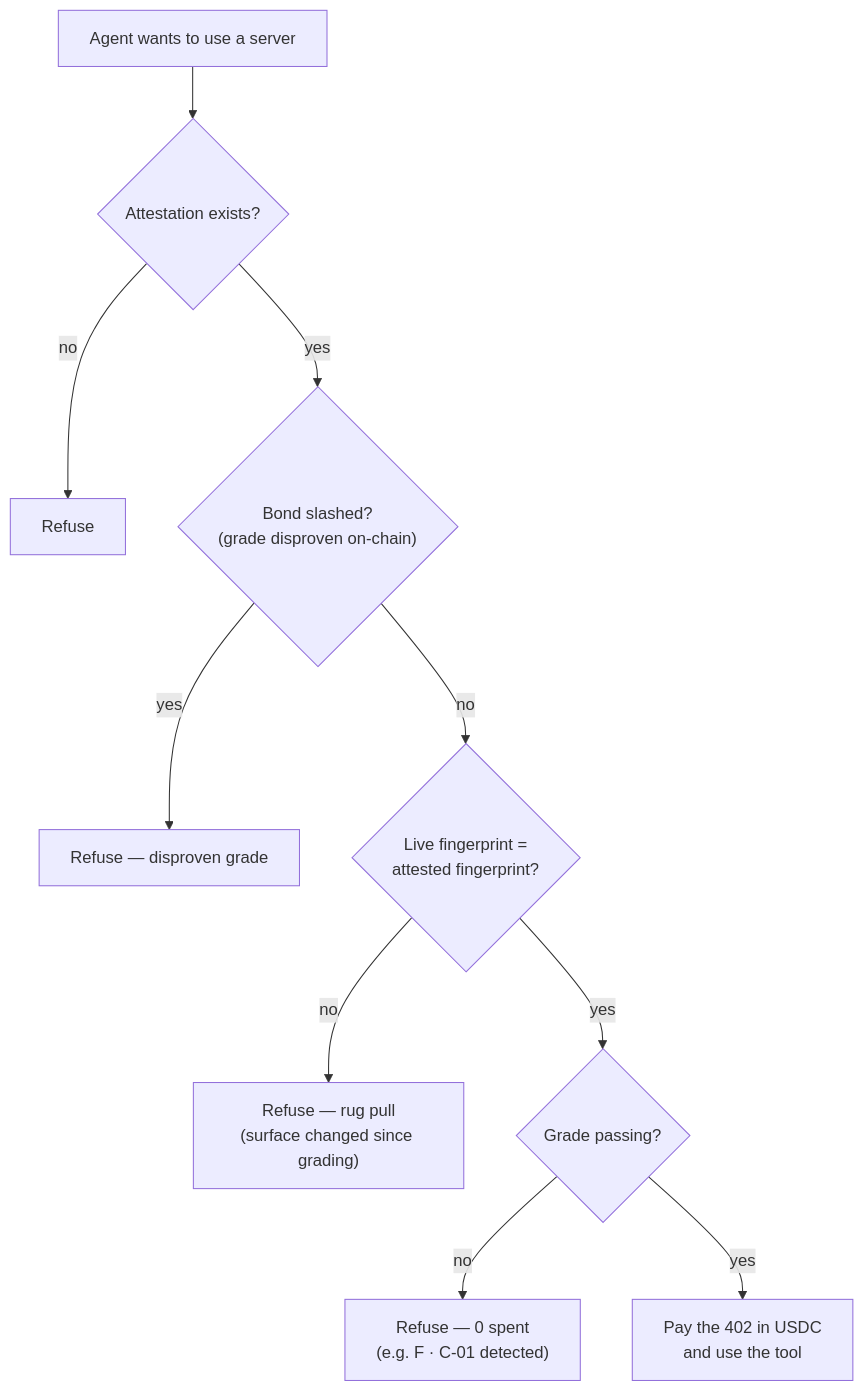
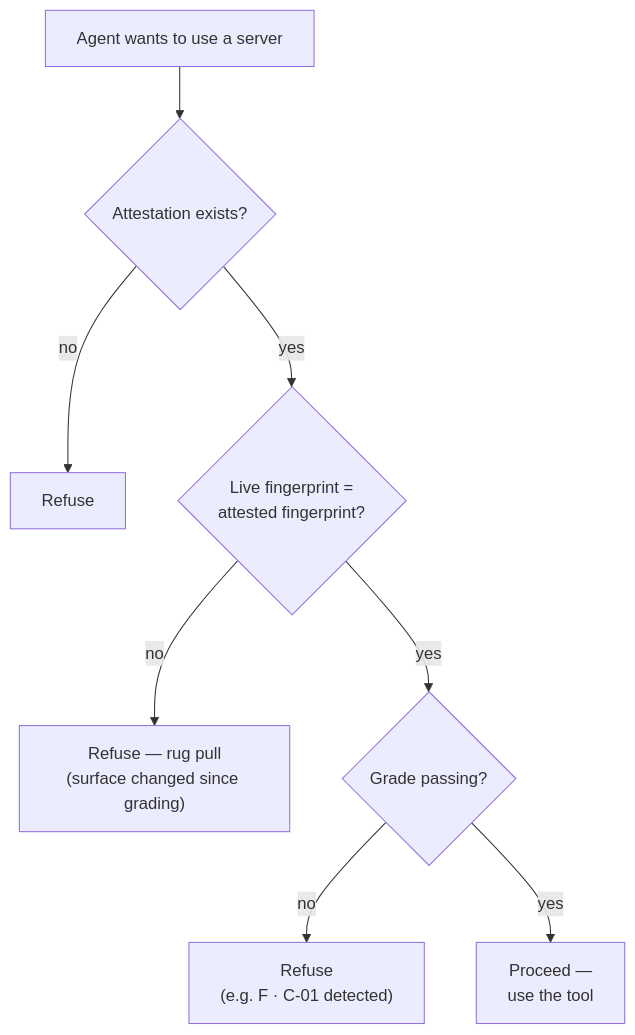
The sixth of 6 diagrams in docs/how-it-works.md (polygraphso/litmus), drawn with Mermaid before and after one commit. The commit also changed other lines of this file and 28 other files, not shown here.

First line of the commit message:
Remove Privy, the USDC bond, and hackathon scaffolding (#3)

````diff
--- a/docs/how-it-works.md
+++ b/docs/how-it-works.md
@@ -192,12 +164,10 @@
 ```mermaid
 flowchart TD
     S["Agent wants to use a server"] --> Q1{"Attestation exists?"}
     Q1 -->|no| R1["Refuse"]
-    Q1 -->|yes| QB{"Bond slashed?<br/>(grade disproven on-chain)"}
-    QB -->|yes| RB["Refuse — disproven grade"]
-    QB -->|no| Q2{"Live fingerprint =<br/>attested fingerprint?"}
+    Q1 -->|yes| Q2{"Live fingerprint =<br/>attested fingerprint?"}
     Q2 -->|no| R2["Refuse — rug pull<br/>(surface changed since grading)"]
     Q2 -->|yes| Q3{"Grade passing?"}
-    Q3 -->|no| R3["Refuse — 0 spent<br/>(e.g. F · C-01 detected)"]
-    Q3 -->|yes| PAY["Pay the 402 in USDC<br/>and use the tool"]
+    Q3 -->|no| R3["Refuse<br/>(e.g. F · C-01 detected)"]
+    Q3 -->|yes| PAY["Proceed —<br/>use the tool"]
 ```
````
